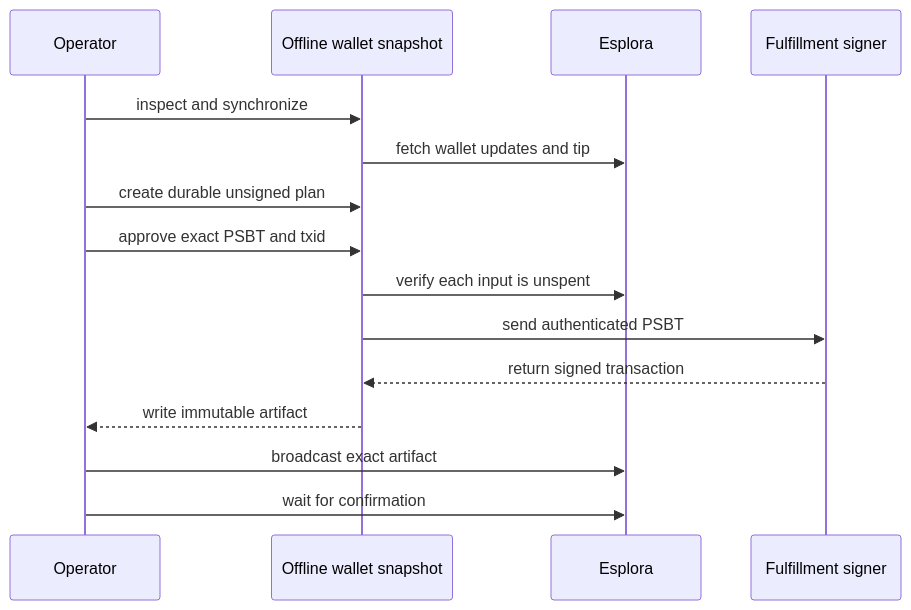
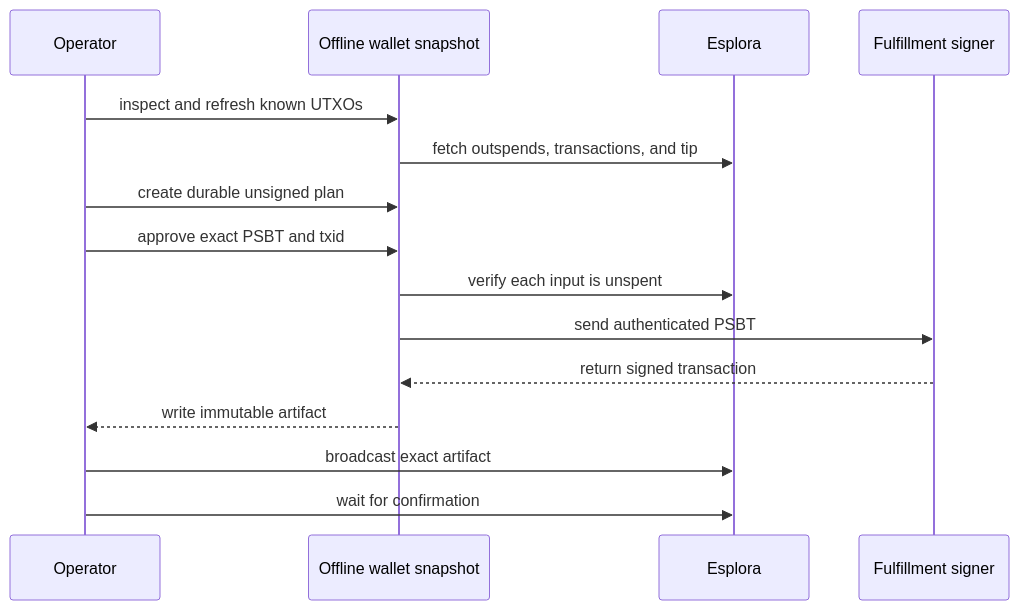
One commit to tee8z/plank changed the diagram in provider-maintenance/README.md. Above: the diagram before and after it, drawn with Mermaid. The commit also changed other lines of this file and 1 other file, not shown here.

First line of the commit message:
perf(maintenance): bound wallet synchronization

````diff
--- a/provider-maintenance/README.md
+++ b/provider-maintenance/README.md
@@ -8,18 +8,18 @@
 ```mermaid
 sequenceDiagram
     participant Operator
     participant Snapshot as Offline wallet snapshot
     participant Esplora
     participant Signer as Fulfillment signer
 
-    Operator->>Snapshot: inspect and synchronize
-    Snapshot->>Esplora: fetch wallet updates and tip
+    Operator->>Snapshot: inspect and refresh known UTXOs
+    Snapshot->>Esplora: fetch outspends, transactions, and tip
     Operator->>Snapshot: create durable unsigned plan
     Operator->>Snapshot: approve exact PSBT and txid
     Snapshot->>Esplora: verify each input is unspent
     Snapshot->>Signer: send authenticated PSBT
     Signer-->>Snapshot: return signed transaction
     Snapshot-->>Operator: write immutable artifact
     Operator->>Esplora: broadcast exact artifact
     Operator->>Esplora: wait for confirmation
 ```
````
